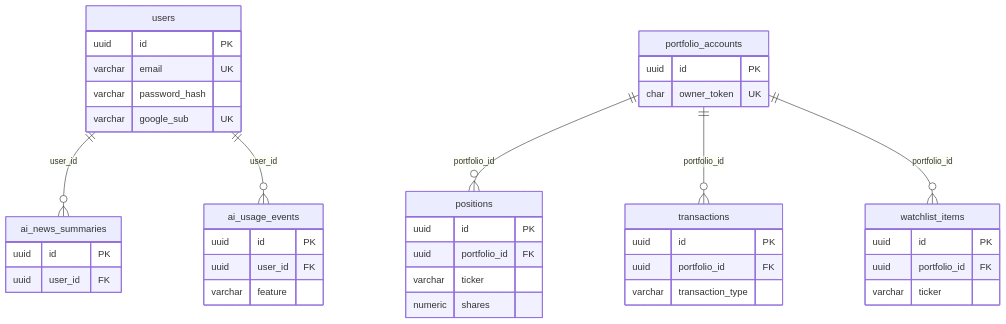
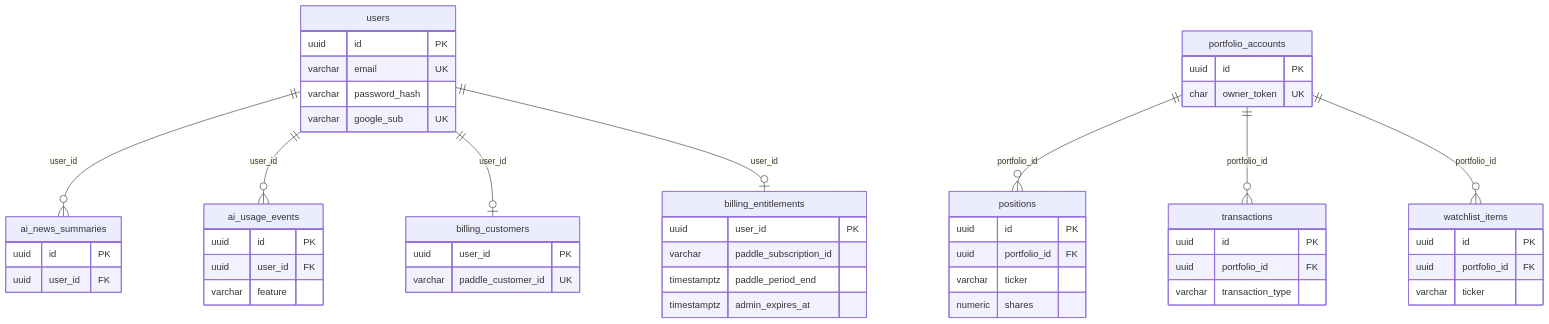
Before and after one commit to Krepto-vlad/Krepton-Analitics: the diagram in Docs/diploma/thesis/docs/appendices/db-schema.md, drawn with Mermaid. The commit also changed 81 other files, not shown here.

First line of the commit message:
BACK + FRONT: add Paddle Billing entitlements, checkout, and admin grants

````diff
--- a/Docs/diploma/thesis/docs/appendices/db-schema.md
+++ b/Docs/diploma/thesis/docs/appendices/db-schema.md
@@ -17,43 +17,55 @@
 ```mermaid
 erDiagram
   users ||--o{ ai_news_summaries : "user_id"
   users ||--o{ ai_usage_events : "user_id"
+  users ||--o| billing_customers : "user_id"
+  users ||--o| billing_entitlements : "user_id"
   portfolio_accounts ||--o{ positions : "portfolio_id"
   portfolio_accounts ||--o{ transactions : "portfolio_id"
   portfolio_accounts ||--o{ watchlist_items : "portfolio_id"
   users {
     uuid id PK
     varchar email UK
     varchar password_hash
     varchar google_sub UK
   }
   portfolio_accounts {
     uuid id PK
     char owner_token UK
   }
   positions {
     uuid id PK
     uuid portfolio_id FK
     varchar ticker
     numeric shares
   }
   transactions {
     uuid id PK
     uuid portfolio_id FK
     varchar transaction_type
   }
   watchlist_items {
     uuid id PK
     uuid portfolio_id FK
     varchar ticker
   }
   ai_news_summaries {
     uuid id PK
     uuid user_id FK
   }
   ai_usage_events {
     uuid id PK
     uuid user_id FK
     varchar feature
   }
+  billing_customers {
+    uuid user_id PK
+    varchar paddle_customer_id UK
+  }
+  billing_entitlements {
+    uuid user_id PK
+    varchar paddle_subscription_id
+    timestamptz paddle_period_end
+    timestamptz admin_expires_at
+  }
 ```
````
